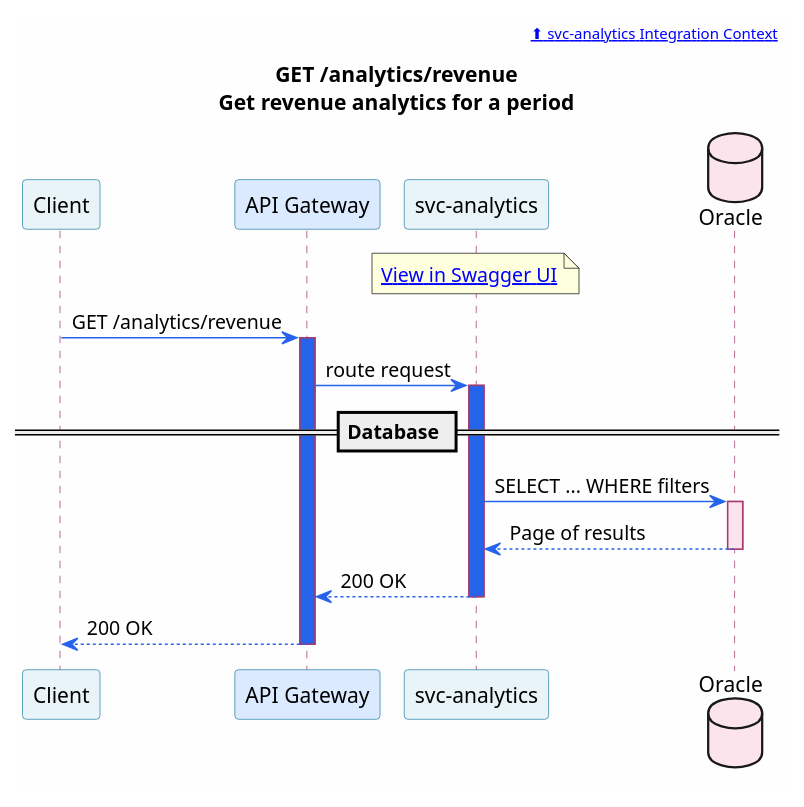
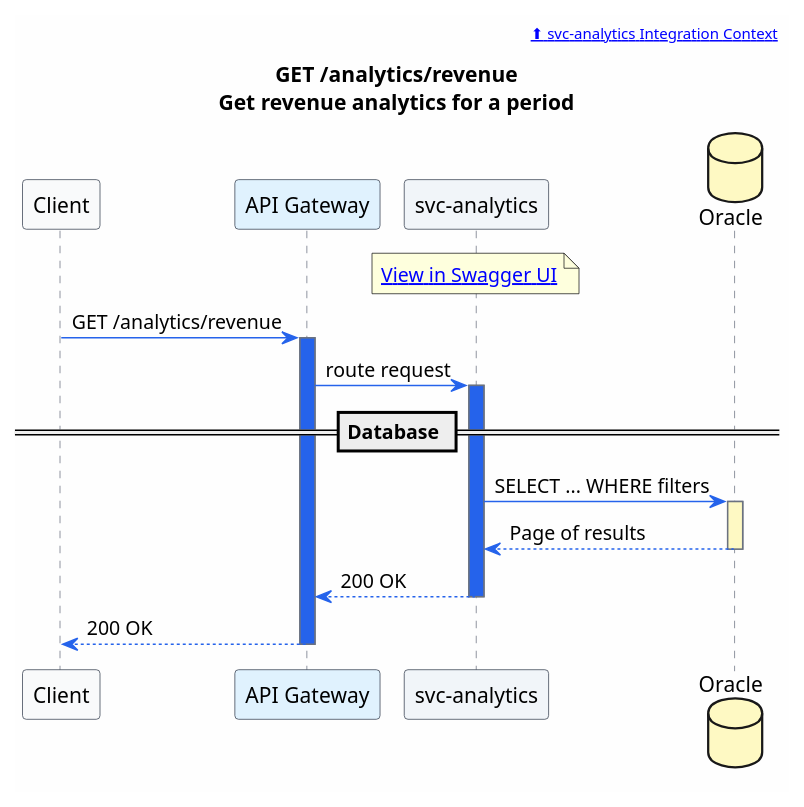
The diagram in portal/docs/microservices/puml/svc-analytics--get-analytics-revenue.puml (christopherblaisdell/continuous-architecture-platform-poc), drawn with PlantUML before and after one commit. The commit also changed 727 other files, not shown here.

```diff
--- a/portal/docs/microservices/puml/svc-analytics--get-analytics-revenue.puml
+++ b/portal/docs/microservices/puml/svc-analytics--get-analytics-revenue.puml
@@ -1,47 +1,47 @@
 @startuml svc-analytics--get-analytics-revenue
 
 skinparam backgroundColor #FEFEFE
 skinparam shadowing false
 skinparam defaultFontName "Segoe UI"
 skinparam sequence {
     ArrowColor #2563eb
-    ParticipantBorderColor #2E86AB
-    ParticipantBackgroundColor #E8F4F8
-    LifeLineBorderColor #A23B72
-    BoxBorderColor #F18F01
-    BoxBackgroundColor #FFF8F0
-    NoteBorderColor #c77b30
-    NoteBackgroundColor #FEF3E7
+    ParticipantBorderColor #374151
+    ParticipantBackgroundColor #F9FAFB
+    LifeLineBorderColor #6B7280
+    BoxBorderColor #94A3B8
+    BoxBackgroundColor #F8FAFC
+    NoteBorderColor #64748B
+    NoteBackgroundColor #F8FAFC
 }
 
 header [[/microservices/svc-analytics/#integration-context ⬆ svc-analytics Integration Context]]
 
 title GET /analytics/revenue\nGet revenue analytics for a period
 
 participant "Client" as Client [[/applications/]]
-participant "API Gateway" as GW [[/actors/#api-gateway]] #DBEAFE
-participant "svc-analytics" as Svc [[/microservices/svc-analytics/]] #E8F4F8
-database "Oracle" as DB [[/microservices/svc-analytics/#data-store]] #FCE4EC
+participant "API Gateway" as GW [[/actors/#api-gateway]] #E0F2FE
+participant "svc-analytics" as Svc [[/microservices/svc-analytics/]] #F1F5F9
+database "Oracle" as DB [[/microservices/svc-analytics/#data-store]] #FEF9C3
 
 note over Svc
   [[/services/api/svc-analytics.html#/Revenue/getRevenueAnalytics View in Swagger UI]]
 end note
 
 Client -> GW : GET /analytics/revenue
 activate GW #2563eb
 GW -> Svc : route request
 activate Svc #2563eb
 
 == Database ==
 
 Svc -> DB : SELECT ... WHERE filters
-activate DB #FCE4EC
+activate DB #FEF9C3
 DB --> Svc : Page of results
 deactivate DB
 
 Svc --> GW : 200 OK
 deactivate Svc
 GW --> Client : 200 OK
 deactivate GW
 
 @enduml
```
